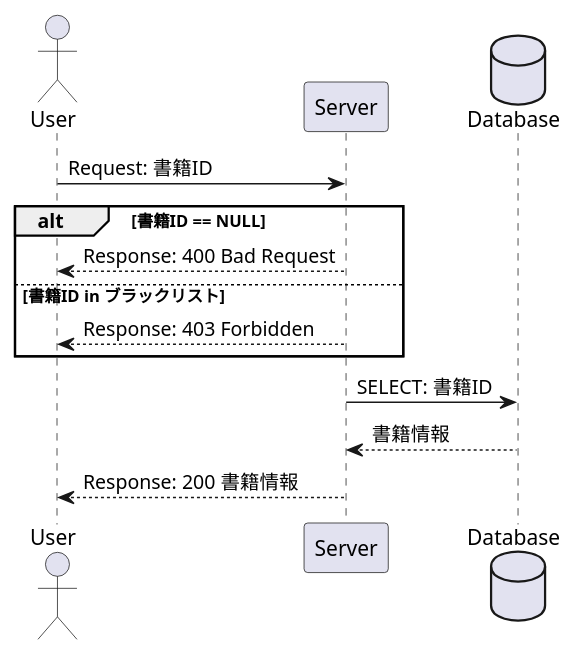
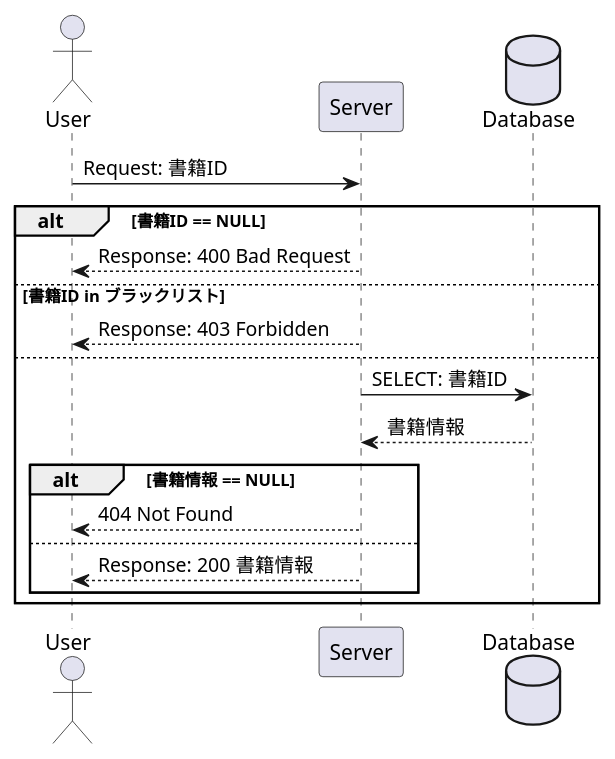
One commit to CorydorasNomu/plantumldemo changed the diagram in sample.pu. Above: the diagram before and after it, drawn with PlantUML.

Commit message:
[add] #003 該当書籍が存在しない場合の対応
該当書籍がDBに存在しない場合は404を返却する分岐を追加

```diff
--- a/sample.pu
+++ b/sample.pu
@@ -1,15 +1,20 @@
 @startuml Sample Sequence
 actor       User     as user
 participant Server   as server
 database    Database as db
 
 user -> server: Request: 書籍ID
 alt 書籍ID == NULL
   user <-- server: Response: 400 Bad Request
 else 書籍ID in ブラックリスト
   user <-- server: Response: 403 Forbidden
+else
+  server -> db: SELECT: 書籍ID
+  server <-- db: 書籍情報
+  alt 書籍情報 == NULL
+    user <-- server: 404 Not Found
+  else
+    user <-- server: Response: 200 書籍情報
+  end
 end
-server -> db: SELECT: 書籍ID
-server <-- db: 書籍情報
-user <-- server: Response: 200 書籍情報
 @enduml
```
